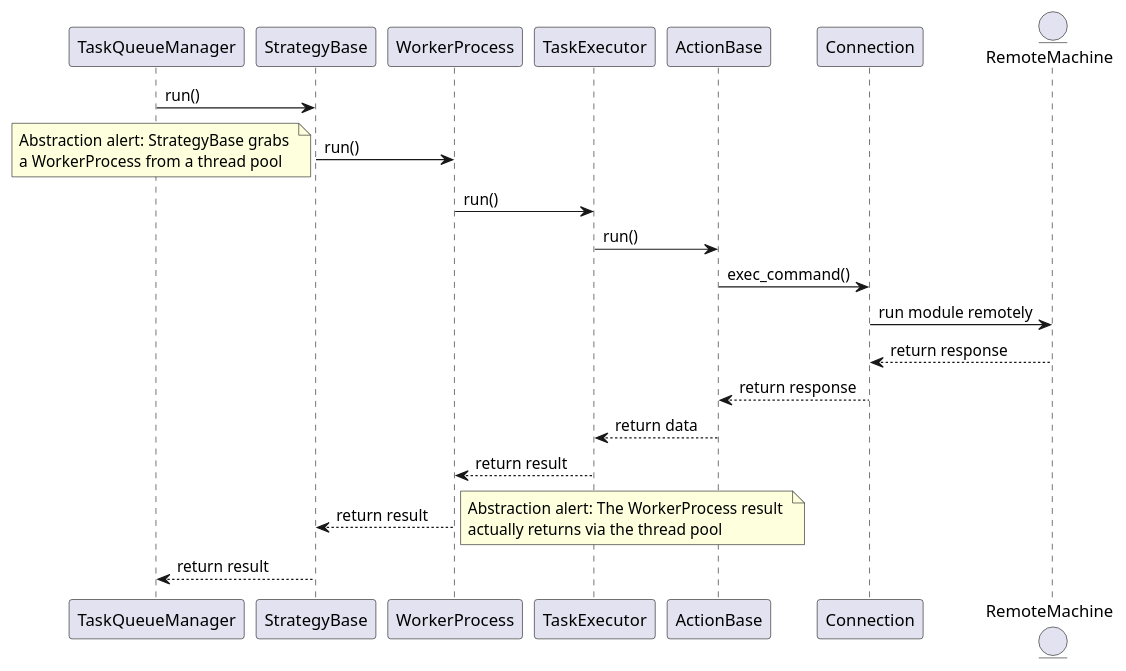
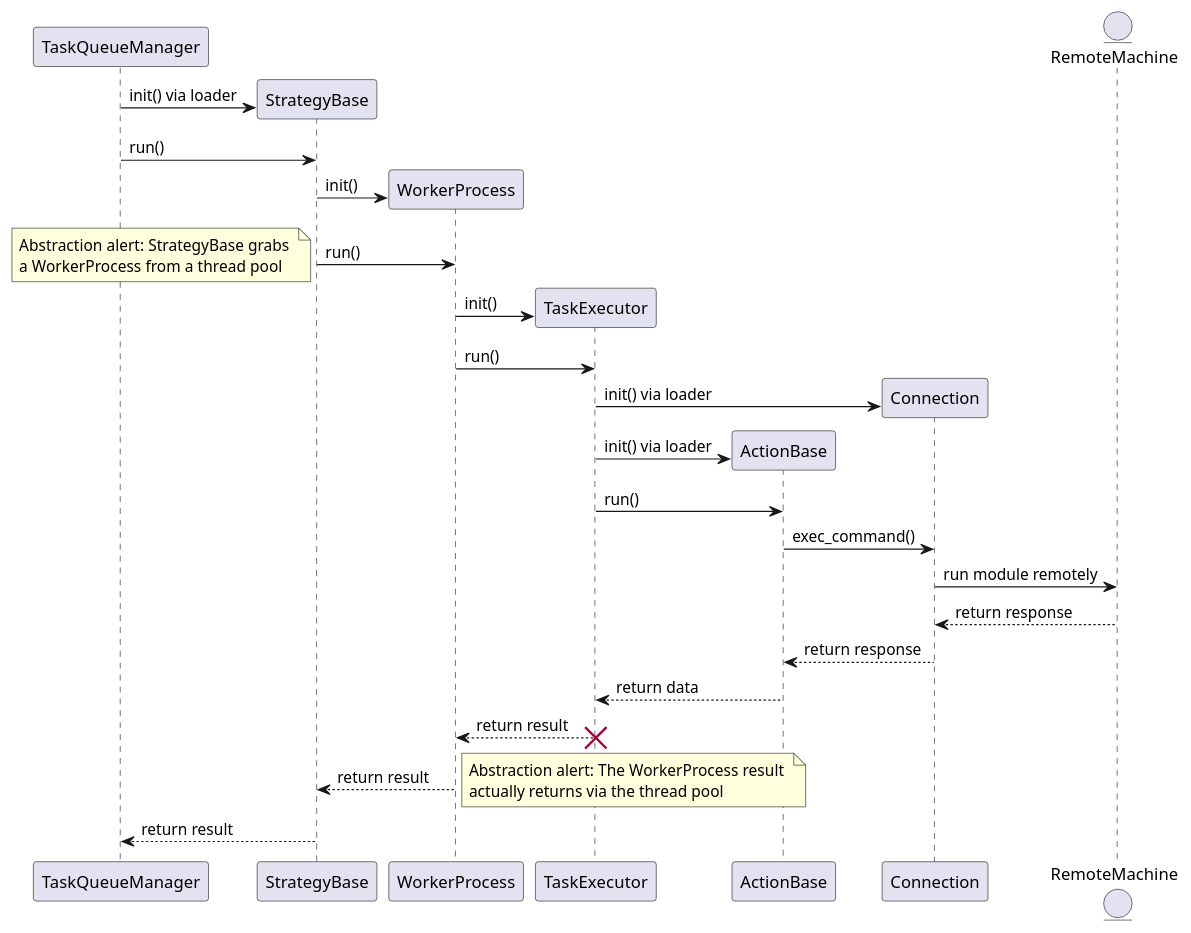
The diagram in project/uml/SequenceDiagram/TaskQueueManager.puml (ezequiels/nazz), drawn with PlantUML before and after one commit.

Commit message:
Diagram updates.

```diff
--- a/project/uml/SequenceDiagram/TaskQueueManager.puml
+++ b/project/uml/SequenceDiagram/TaskQueueManager.puml
@@ -1,17 +1,30 @@
 @startuml
+participant TaskQueueManager
+create StrategyBase
+TaskQueueManager->StrategyBase: init() via loader
 TaskQueueManager->StrategyBase: run()
+create WorkerProcess
+StrategyBase->WorkerProcess: init()
 StrategyBase->WorkerProcess: run()
 note left: Abstraction alert: StrategyBase grabs \na WorkerProcess from a thread pool
+create TaskExecutor
+WorkerProcess->TaskExecutor: init()
 WorkerProcess->TaskExecutor: run()
+participant ActionBase
+create Connection
+TaskExecutor->Connection: init() via loader
+create ActionBase
+TaskExecutor->ActionBase: init() via loader
 TaskExecutor->ActionBase: run()
 ActionBase -> Connection: exec_command()
 entity RemoteMachine
 Connection->RemoteMachine:run module remotely
 Connection <-- RemoteMachine: return response
 ActionBase <-- Connection: return response
 ActionBase-->TaskExecutor: return data
 TaskExecutor-->WorkerProcess: return result
+destroy TaskExecutor
 WorkerProcess-->StrategyBase: return result
 note right: Abstraction alert: The WorkerProcess result \nactually returns via the thread pool
 StrategyBase-->TaskQueueManager: return result
 @enduml
```
